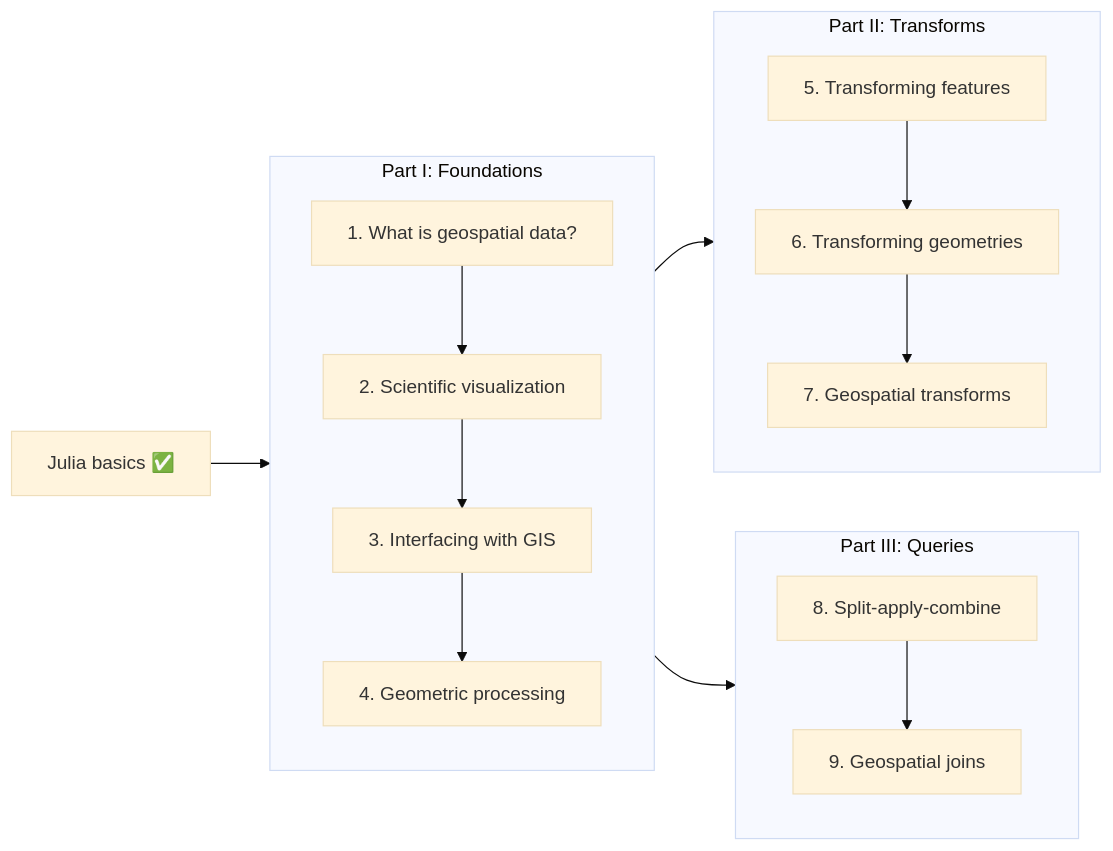
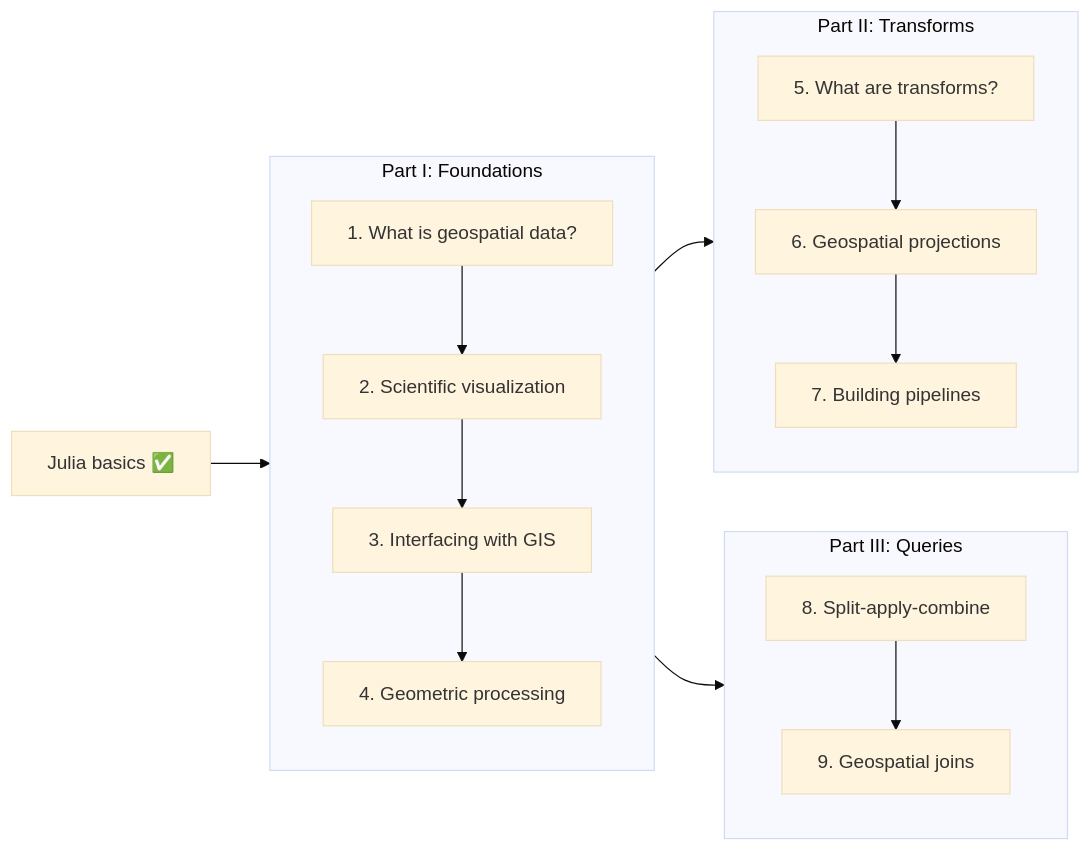
The diagram in preface.qmd (JuliaEarth/geospatial-data-science-with-julia), drawn with Mermaid (base theme) before and after one commit.

````diff
--- a/preface.qmd
+++ b/preface.qmd
@@ -51,27 +51,27 @@
 ```{mermaid}
 flowchart LR
   preread["Julia basics ✅"] --> partI
   subgraph partI["Part I: Foundations"]
     chapter1["1. What is geospatial data?"]
     chapter2["2. Scientific visualization"]
     chapter3["3. Interfacing with GIS"]
     chapter4["4. Geometric processing"]
     chapter1 --> chapter2
     chapter2 --> chapter3
     chapter3 --> chapter4
   end
   subgraph partII["Part II: Transforms"]
-    chapter5["5. Transforming features"]
-    chapter6["6. Transforming geometries"]
-    chapter7["7. Geospatial transforms"]
+    chapter5["5. What are transforms?"]
+    chapter6["6. Geospatial projections"]
+    chapter7["7. Building pipelines"]
     chapter5 --> chapter6
     chapter6 --> chapter7
   end
   subgraph partIII["Part III: Queries"]
     chapter8["8. Split-apply-combine"]
     chapter9["9. Geospatial joins"]
     chapter8 --> chapter9
   end
   partI --> partII
   partI --> partIII
 ```
````
